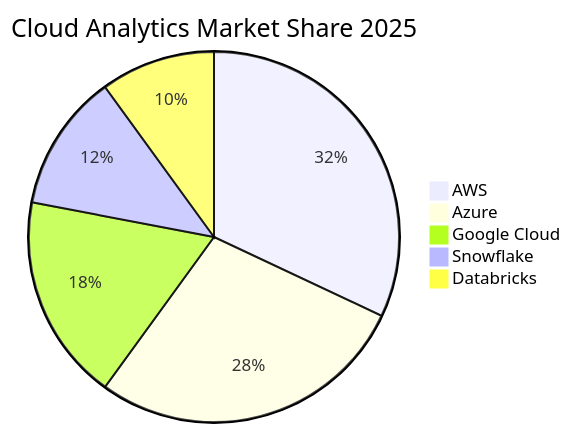
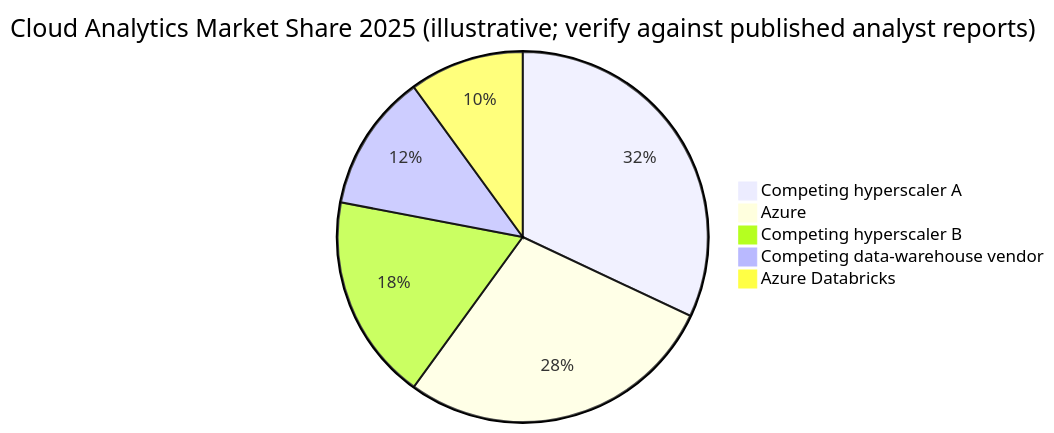
The second of 2 diagrams in docs/learn/resources/market-research.md (fgarofalo56/csa-inabox), drawn with Mermaid before and after one commit. The commit also changed other lines of this file and 22 other files, not shown here.

````diff
--- a/docs/learn/resources/market-research.md
+++ b/docs/learn/resources/market-research.md
@@ -424,8 +443,8 @@
 ```mermaid
-pie title Cloud Analytics Market Share 2025
-    "AWS" : 32
+pie title Cloud Analytics Market Share 2025 (illustrative; verify against published analyst reports)
+    "Competing hyperscaler A" : 32
     "Azure" : 28
-    "Google Cloud" : 18
-    "Snowflake" : 12
-    "Databricks" : 10
+    "Competing hyperscaler B" : 18
+    "Competing data-warehouse vendor" : 12
+    "Azure Databricks" : 10
 ```
````
